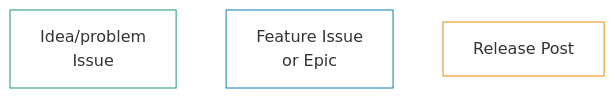
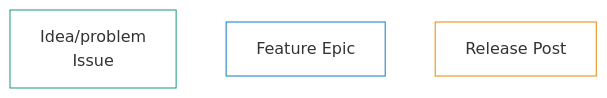
The first of 12 diagrams in development/threat-management/planning/diagram.html.md (secretstartups/handbook), drawn with Mermaid before and after one commit. The commit also changed other lines of this file, not shown here.

Commit message:
Remove Feature Issue from Threat Mgmt planning diagram

````diff
--- a/development/threat-management/planning/diagram.html.md
+++ b/development/threat-management/planning/diagram.html.md
@@ -25,17 +25,17 @@
 ```mermaid
 %% editing these is a lot easier if you use the live editor: https://mermaid-js.github.io/mermaid-live-editor/
 
 graph TD
   Idea[Idea/problem<br>Issue]
-  Feature[Feature Issue<br>or Epic]
+  Feature[Feature Epic]
   Release[Release Post]
 
   classDef idea fill:#ffffff,stroke:#19957C;
   class Idea idea
 
   classDef feature fill:#ffffff,stroke:#0C7CBA;
   class Feature feature
 
   classDef release fill:#ffffff,stroke:#E58900;
   class Release release
 ```
````
